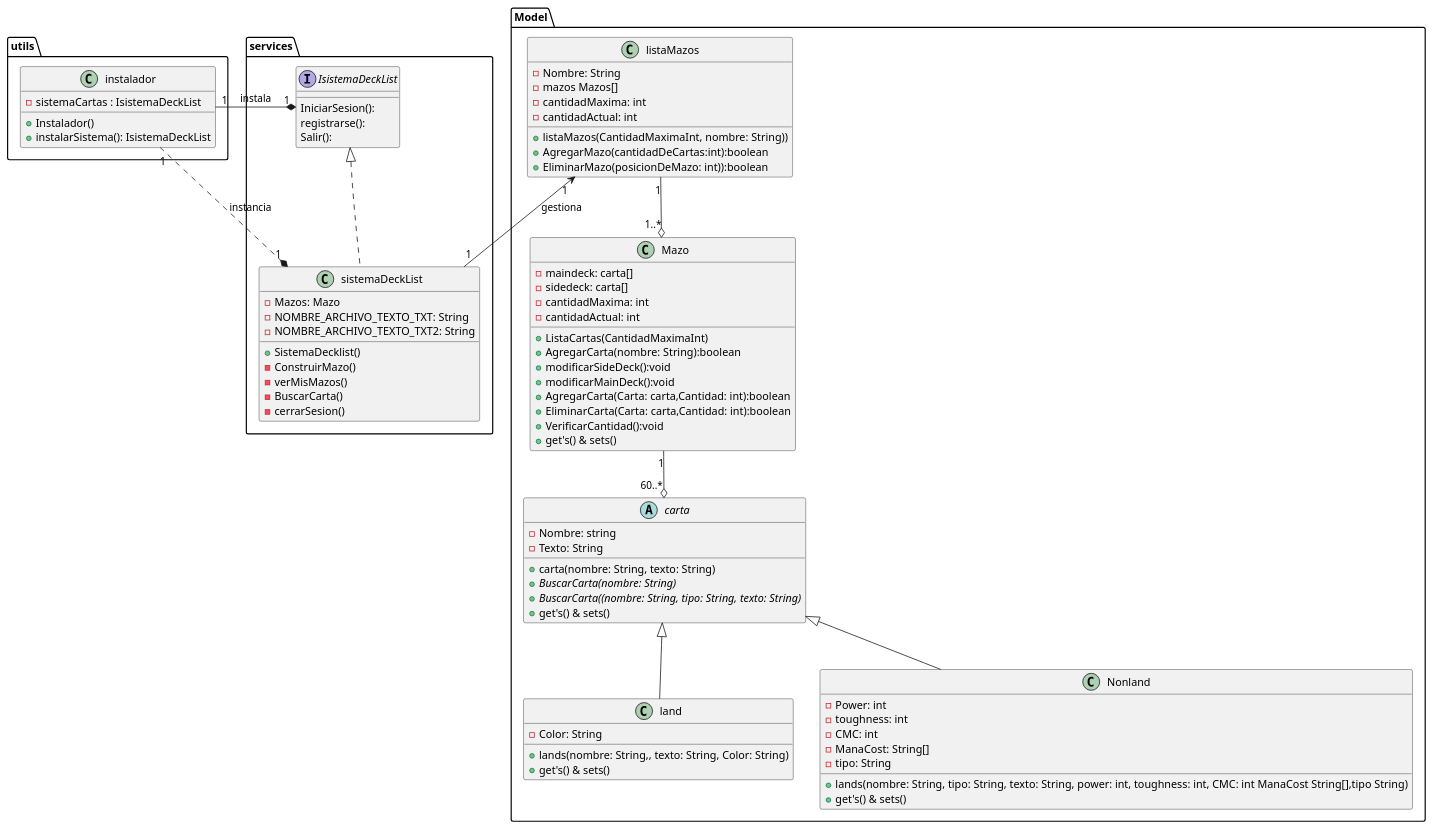
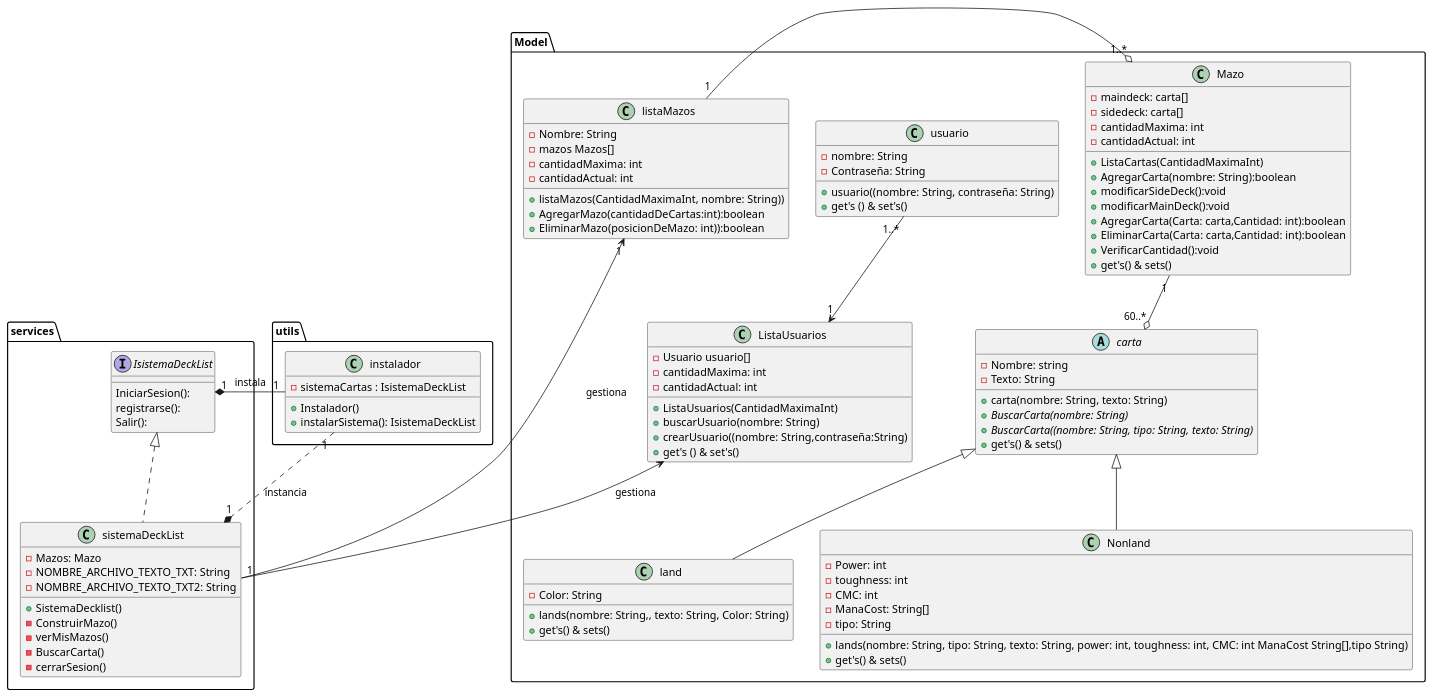
Before and after one commit to crimaxi/-PA-Taller2_CortesChristopher_EspinozaRomina: the diagram in src/Class.puml, drawn with PlantUML. The commit also changed 5 other files, not shown here.

```diff
--- a/src/Class.puml
+++ b/src/Class.puml
@@ -1,89 +1,107 @@
 @startuml
 package Model{
 abstract carta{
 -Nombre: string
 -Texto: String
 +carta(nombre: String, texto: String)
 +{abstract}BuscarCarta(nombre: String)
 +{abstract}BuscarCarta((nombre: String, tipo: String, texto: String)
 +get's() & sets()
 
 }
+class usuario{
+-nombre: String
+-Contraseña: String
++usuario((nombre: String, contraseña: String)
++get's () & set's()
+}
+Class ListaUsuarios{
+-Usuario usuario[]
+-cantidadMaxima: int
+-cantidadActual: int
++ListaUsuarios(CantidadMaximaInt)
++buscarUsuario(nombre: String)
++crearUsuario((nombre: String,contraseña:String)
++get's () & set's()
+}
+
 class land extends carta{
 -Color: String
 +lands(nombre: String,, texto: String, Color: String)
 +get's() & sets()
 }
 
 class Nonland extends carta{
 -Power: int
 -toughness: int
 -CMC: int
 -ManaCost: String[]
 -tipo: String
 +lands(nombre: String, tipo: String, texto: String, power: int, toughness: int, CMC: int ManaCost String[],tipo String)
 +get's() & sets()
 }
 
 class Mazo{
 -maindeck: carta[]
 -sidedeck: carta[]
 -cantidadMaxima: int
 -cantidadActual: int
 +ListaCartas(CantidadMaximaInt)
 +AgregarCarta(nombre: String):boolean
 +modificarSideDeck():void
 +modificarMainDeck():void
 +AgregarCarta(Carta: carta,Cantidad: int):boolean
 +EliminarCarta(Carta: carta,Cantidad: int):boolean
 +VerificarCantidad():void
 +get's() & sets()
 }
 
 class listaMazos{
 -Nombre: String
 -mazos Mazos[]
 -cantidadMaxima: int
 -cantidadActual: int
 +listaMazos(CantidadMaximaInt, nombre: String))
 +AgregarMazo(cantidadDeCartas:int):boolean
 +EliminarMazo(posicionDeMazo: int)):boolean
 
 }
 
 }
 package utils{
 class instalador{
     - sistemaCartas : IsistemaDeckList
 	+ Instalador()
 	+ instalarSistema(): IsistemaDeckList
 }
 
 }
 package services{
 interface IsistemaDeckList{
 IniciarSesion():
 registrarse():
 Salir():
 }
 
 
 Class sistemaDeckList implements IsistemaDeckList{
 -Mazos: Mazo
 -NOMBRE_ARCHIVO_TEXTO_TXT: String
 -NOMBRE_ARCHIVO_TEXTO_TXT2: String
 
 +SistemaDecklist()
 -ConstruirMazo()
 -verMisMazos()
 -BuscarCarta()
 -cerrarSesion()
 }
 
 listaMazos "1" <-- "1" sistemaDeckList: gestiona
-instalador "1"---right--*"1" IsistemaDeckList:  instala
+instalador "1"---left--*"1" IsistemaDeckList:  instala
 instalador "1"..* "1" sistemaDeckList: instancia
 Mazo "1"--o "60..*" carta
-listaMazos "1" --o "1..*" Mazo
+listaMazos "1" -right-o "1..*" Mazo
+usuario "1..*" --> "1" ListaUsuarios
+ListaUsuarios <-- sistemaDeckList:gestiona
 }
 @enduml
```
